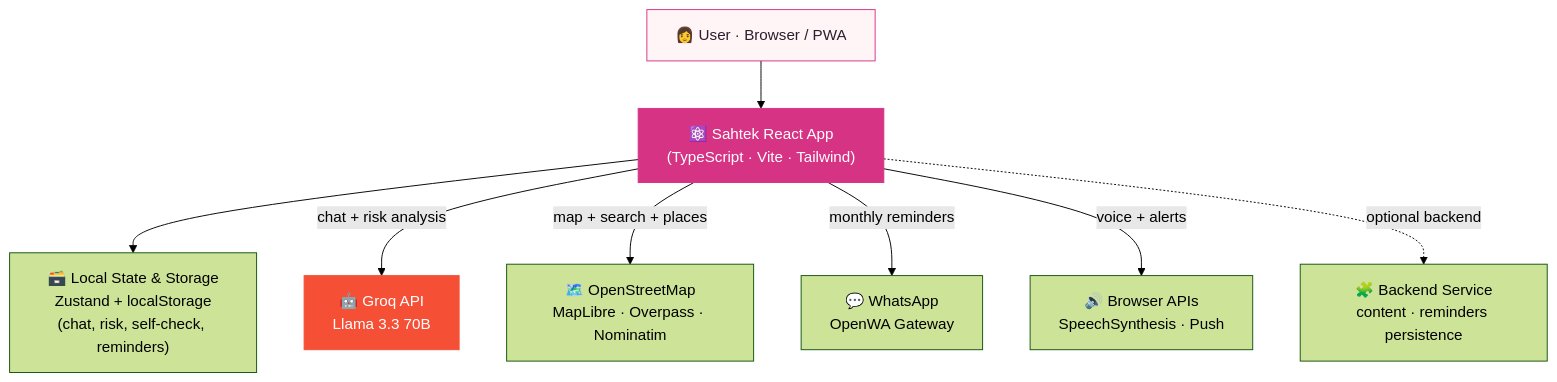
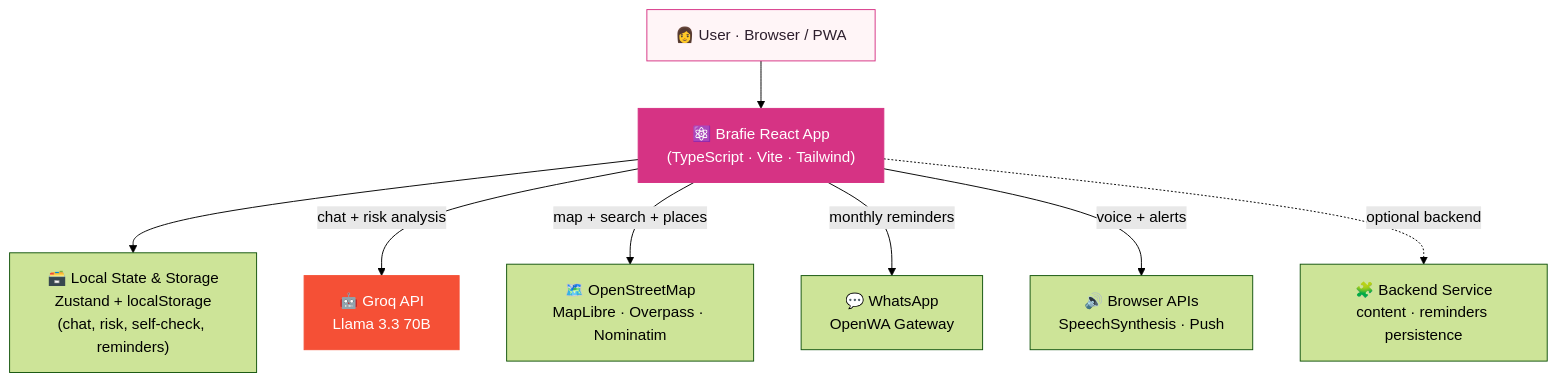
One commit to LordScientist/brafie changed the diagram in README.md. Above: the diagram before and after it, drawn with Mermaid (forest theme). The commit also changed other lines of this file and 7 other files, not shown here.

````diff
--- a/README.md
+++ b/README.md
@@ -177,17 +174,17 @@
 ```mermaid
 flowchart TD
-    U["👩 User · Browser / PWA"] --> APP["⚛️ Sahtek React App<br/>(TypeScript · Vite · Tailwind)"]
+    U["👩 User · Browser / PWA"] --> APP["⚛️ Brafie React App<br/>(TypeScript · Vite · Tailwind)"]
 
     APP --> STATE["🗃️ Local State & Storage<br/>Zustand + localStorage<br/>(chat, risk, self-check, reminders)"]
 
     APP -->|chat + risk analysis| GROQ["🤖 Groq API<br/>Llama 3.3 70B"]
     APP -->|map + search + places| GEO["🗺️ OpenStreetMap<br/>MapLibre · Overpass · Nominatim"]
     APP -->|monthly reminders| WA["💬 WhatsApp<br/>OpenWA Gateway"]
     APP -->|voice + alerts| BROWSER["🔊 Browser APIs<br/>SpeechSynthesis · Push"]
 
     APP -.optional backend.-> API["🧩 Backend Service<br/>content · reminders persistence"]
 
     style APP fill:#D63384,stroke:#D63384,color:#fff
     style GROQ fill:#F55036,stroke:#F55036,color:#fff
     style U fill:#FFF5F7,stroke:#D63384,color:#2D1F2D
 ```
````
